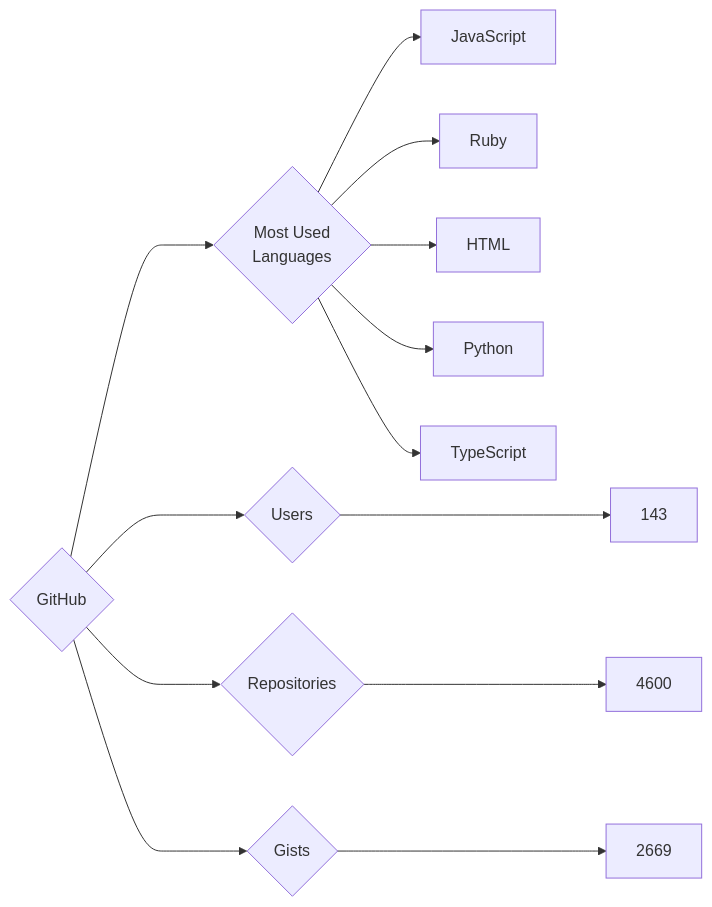
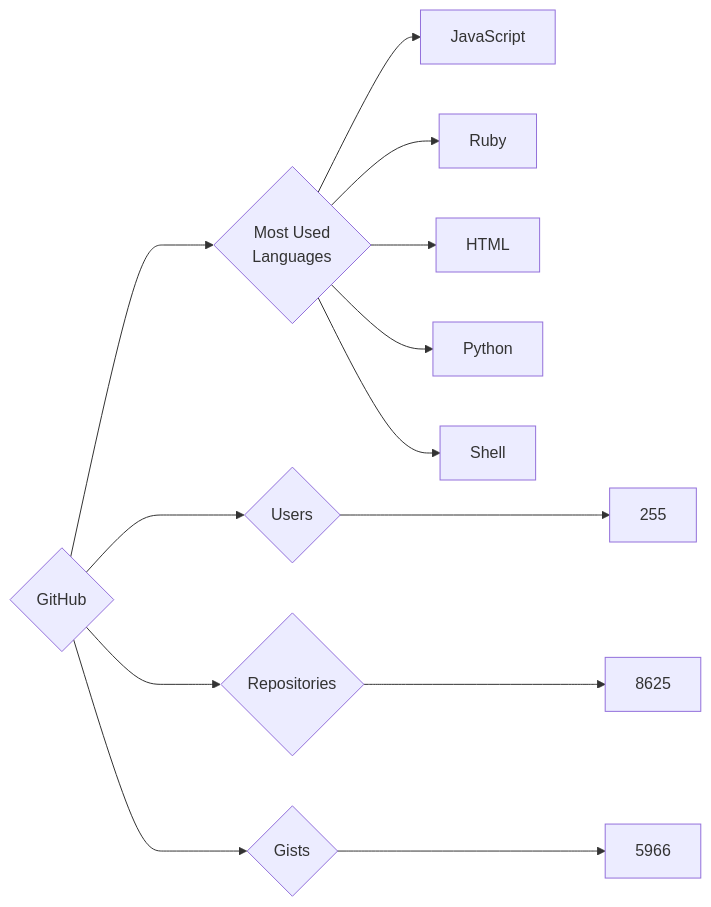
The diagram in targets/GitHub/README.md (trickest/insiders), drawn with Mermaid before and after one commit. The commit also changed 870 other files, not shown here.

````diff
--- a/targets/GitHub/README.md
+++ b/targets/GitHub/README.md
@@ -3,13 +3,13 @@
 ```mermaid
 graph LR
 COMPANY_NAME{GitHub}
-COMPANY_NAME ---> U{Users} ---> UN[143]
-COMPANY_NAME ---> R{Repositories} ---> RN[4600]
-COMPANY_NAME ---> G{Gists} ---> GN[2669]
+COMPANY_NAME ---> U{Users} ---> UN[255]
+COMPANY_NAME ---> R{Repositories} ---> RN[8625]
+COMPANY_NAME ---> G{Gists} ---> GN[5966]
 COMPANY_NAME ---> ML{Most Used<br>Languages}
 ML --> JavaScript[JavaScript]
 ML --> Ruby[Ruby]
 ML --> HTML[HTML]
 ML --> Python[Python]
-ML --> TypeScript[TypeScript]
+ML --> Shell[Shell]
 ```
````
